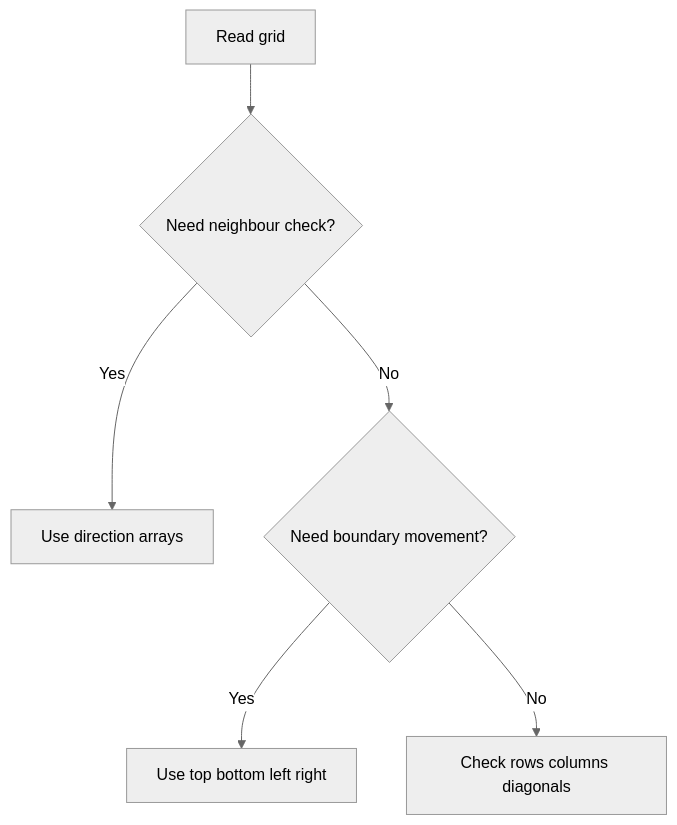
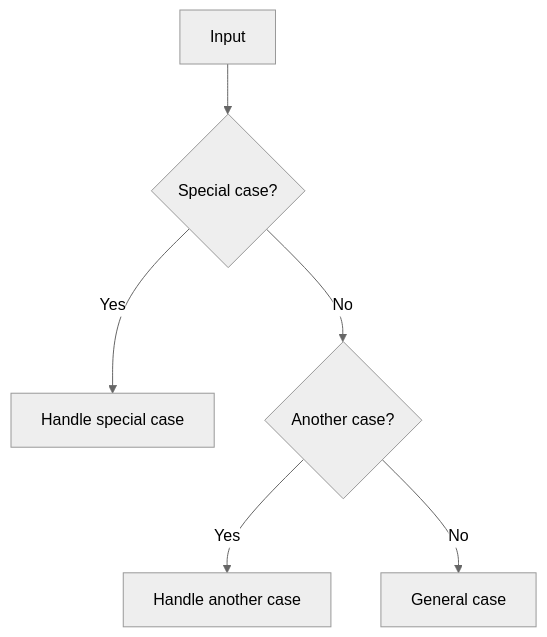
One commit to mthaiseer/springcloud-systemdesign-notes changed the eighth of 23 diagrams in CP_DSA_NOTES/001_TOPIC_WISE/013_ADHOC_PROBLEMS.md. Above: the diagram before and after it, drawn with Mermaid (neutral theme). The commit also changed other lines of this file and 1 other file, not shown here.

````diff
--- a/CP_DSA_NOTES/001_TOPIC_WISE/013_ADHOC_PROBLEMS.md
+++ b/CP_DSA_NOTES/001_TOPIC_WISE/013_ADHOC_PROBLEMS.md
@@ -804,8 +566,8 @@
 ```mermaid
 flowchart TD
-    A["Read grid"] --> B{"Need neighbour check?"}
-    B -->|Yes| C["Use direction arrays"]
-    B -->|No| D{"Need boundary movement?"}
-    D -->|Yes| E["Use top bottom left right"]
-    D -->|No| F["Check rows columns diagonals"]
+    A["Input"] --> B{"Special case?"}
+    B -->|Yes| C["Handle special case"]
+    B -->|No| D{"Another case?"}
+    D -->|Yes| E["Handle another case"]
+    D -->|No| F["General case"]
 ```
````
